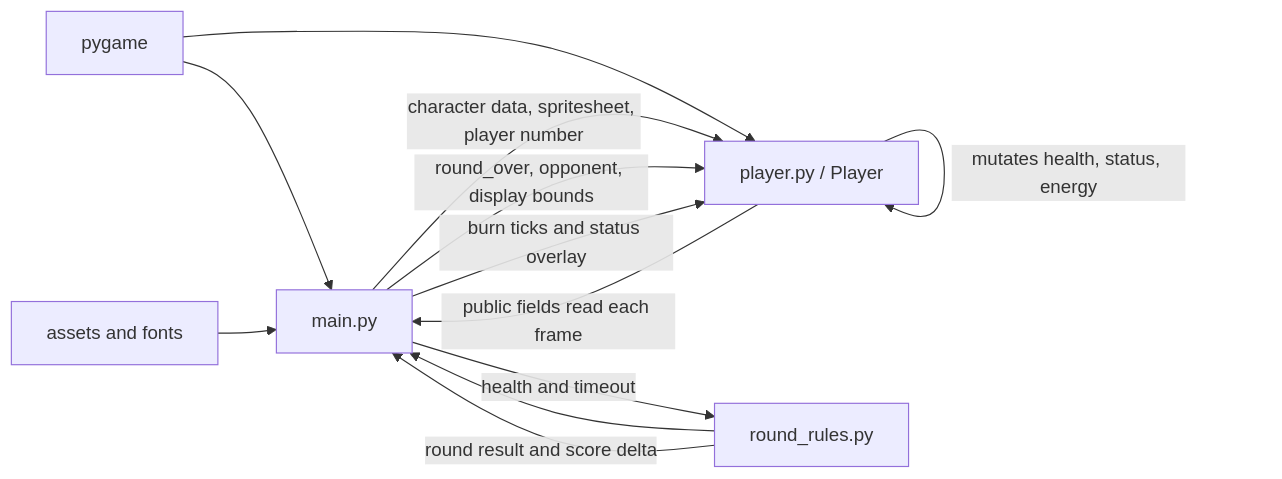
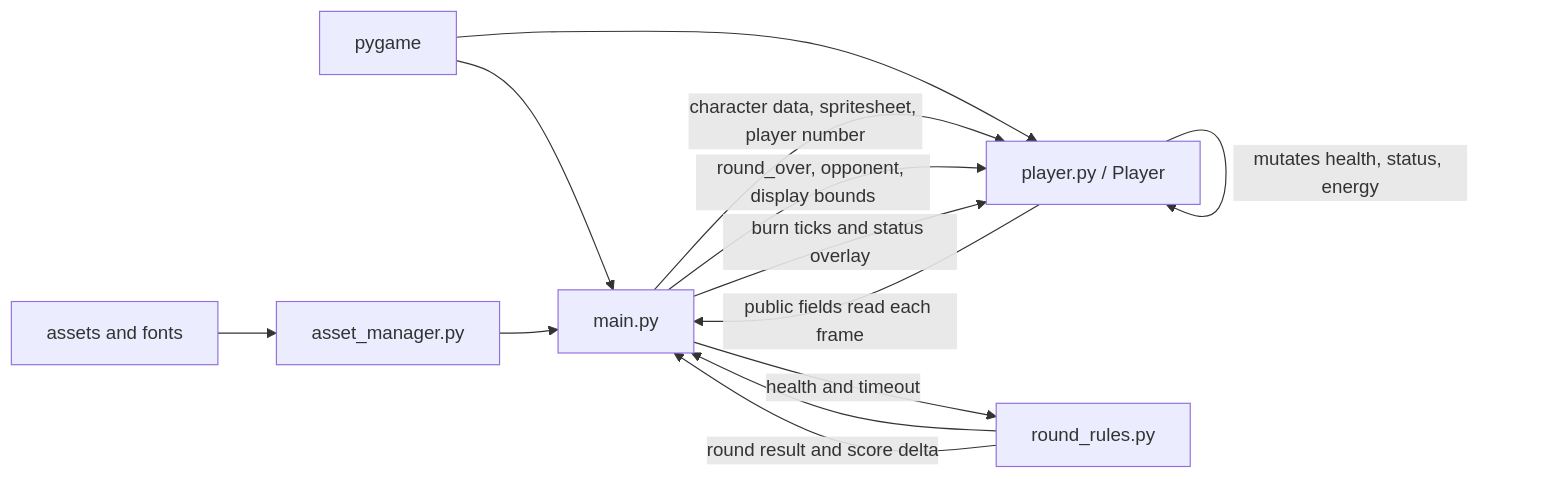
One commit to HiramSanchez/pab-pixelFight changed the fourth of 4 diagrams in docs/CURRENT_STATE.md. Above: the diagram before and after it, drawn with Mermaid. The commit also changed other lines of this file and 11 other files, not shown here.

````diff
--- a/docs/CURRENT_STATE.md
+++ b/docs/CURRENT_STATE.md
@@ -247,14 +249,15 @@
 ```mermaid
 flowchart LR
     PYG[pygame] --> M[main.py]
     PYG --> P[player.py / Player]
     R[round_rules.py] --> M
-    A[assets and fonts] --> M
+    A[assets and fonts] --> AM[asset_manager.py]
+    AM --> M
     M -->|character data, spritesheet, player number| P
     M -->|round_over, opponent, display bounds| P
     P -->|mutates health, status, energy| P
     P -->|public fields read each frame| M
     M -->|burn ticks and status overlay| P
     M -->|health and timeout| R
     R -->|round result and score delta| M
 ```
````
